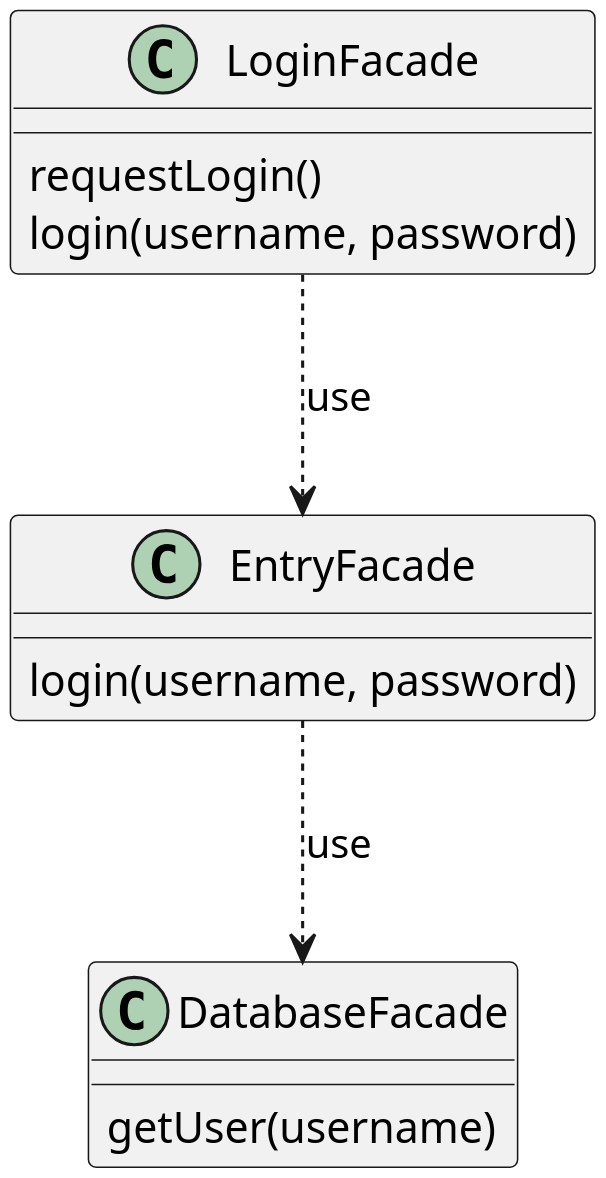
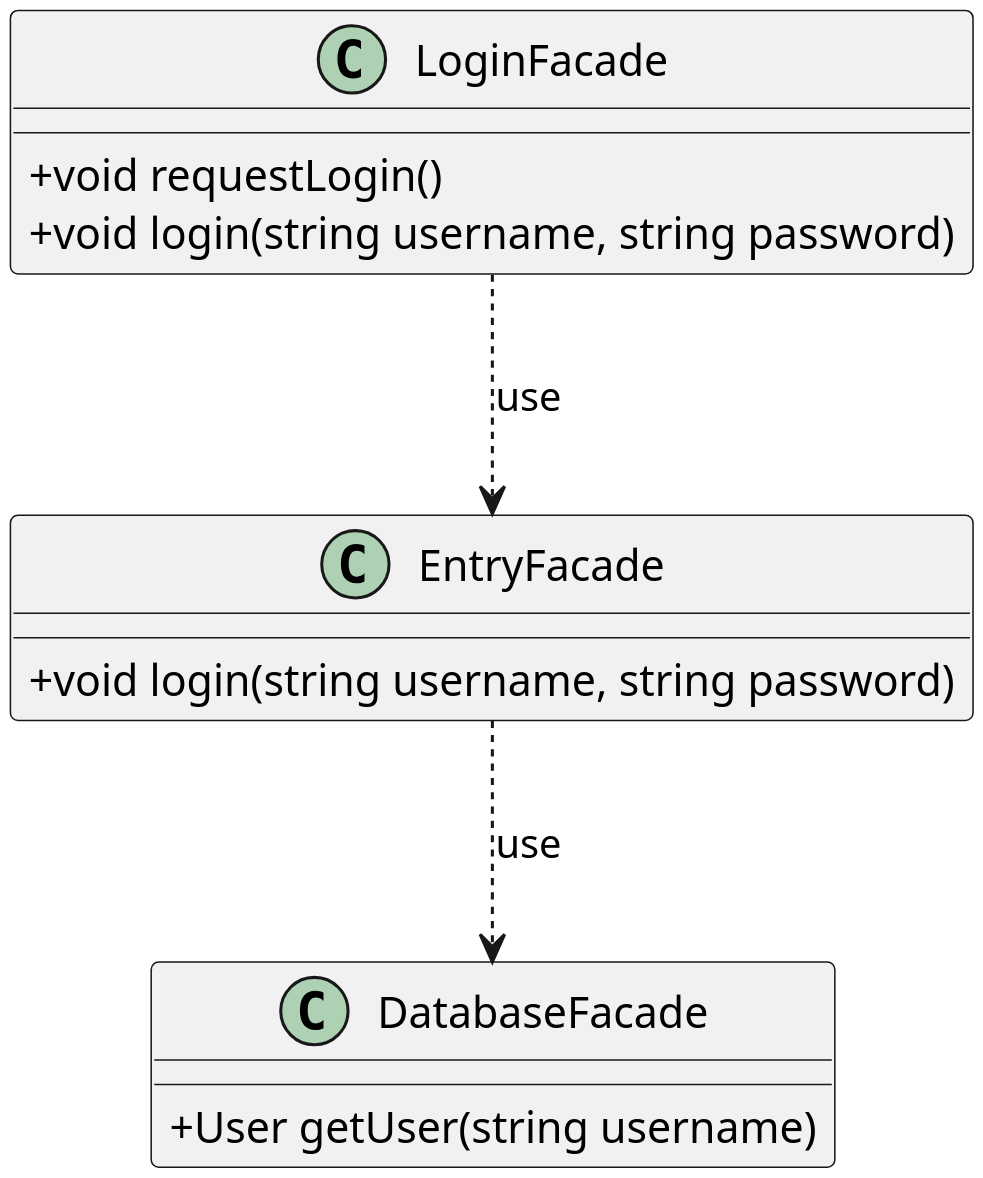
Before and after one commit to soleyman79/Qasedak: the diagram in Diagrams/Design Class/Login.puml, drawn with PlantUML.

Commit message:
Login: add type and privacy

```diff
--- a/Diagrams/Design Class/Login.puml
+++ b/Diagrams/Design Class/Login.puml
@@ -1,23 +1,23 @@
 @startuml login
 
 scale 3
 skinparam DefaultFontName B Nazanin
-
+skinparam classAttributeIconSize 0
 
 class LoginFacade {
-    requestLogin()
-    login(username, password)
+    +void requestLogin()
+    +void login(string username, string password)
 }
 
 class EntryFacade {
-    login(username, password)
+    +void login(string username, string password)
 }
 
 class DatabaseFacade {
-    getUser(username)
+    +User getUser(string username)
 }
 
 LoginFacade ..> EntryFacade :use
 EntryFacade ..> DatabaseFacade :use
 
 @enduml
```
